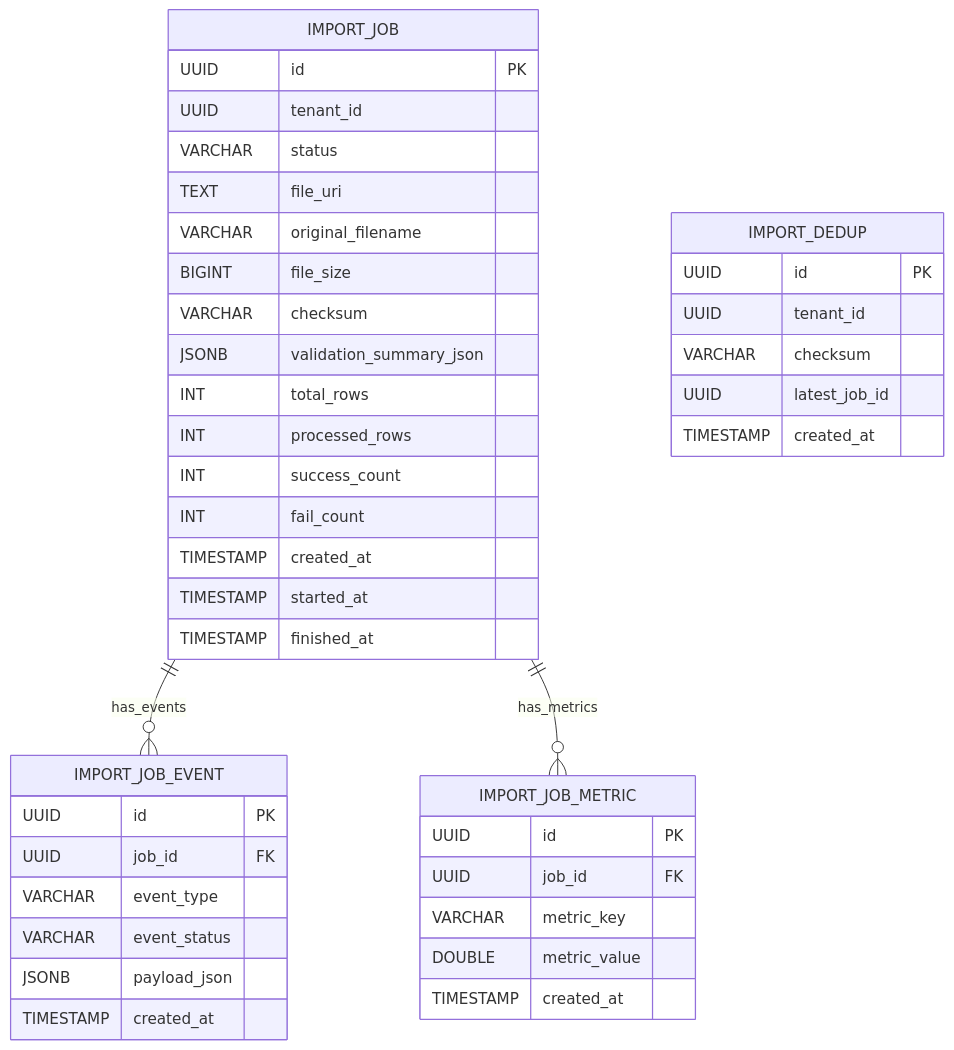
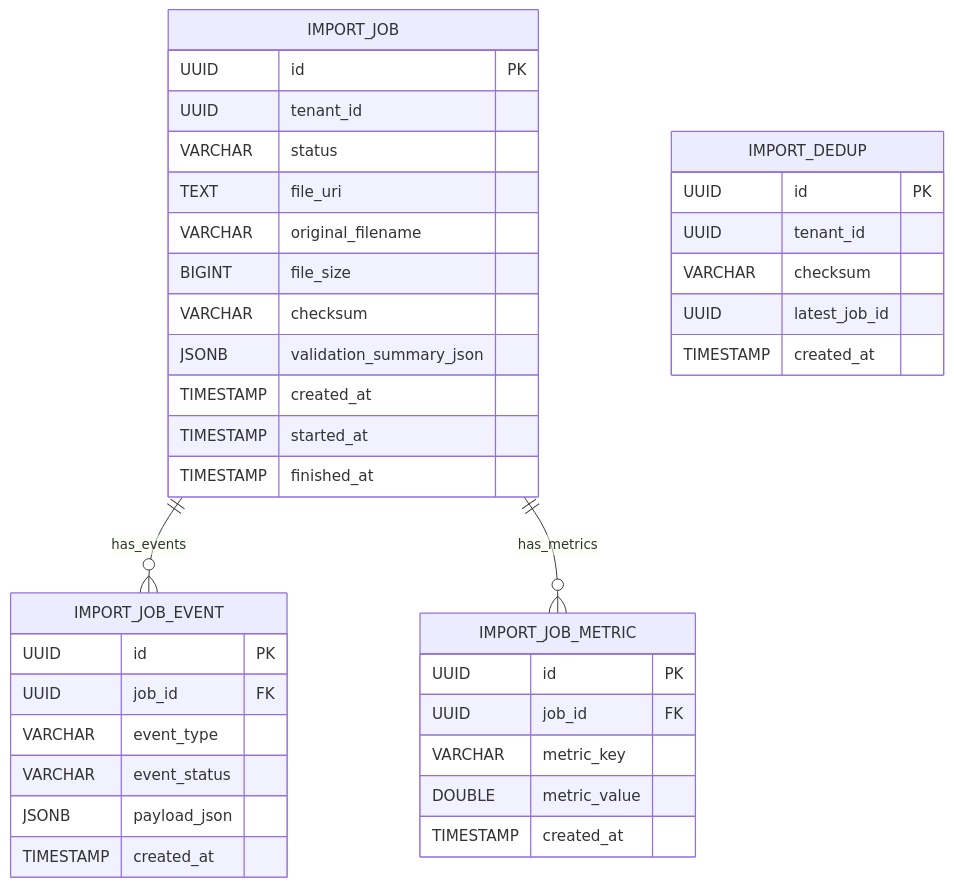
The fourth of 4 diagrams in ERD.md (SEUNGH00N/tmp), drawn with Mermaid before and after one commit. The commit also changed other lines of this file and 1 other file, not shown here.

Commit message:
ERD.md 최신화

````diff
--- a/ERD.md
+++ b/ERD.md
@@ -130,48 +156,44 @@
 ```mermaid
 erDiagram
-  IMPORT_JOB ||--o{ IMPORT_JOB_EVENT : has_events
-  IMPORT_JOB ||--o{ IMPORT_JOB_METRIC : has_metrics
-
   IMPORT_JOB {
     UUID id PK
     UUID tenant_id
     VARCHAR status
     TEXT file_uri
     VARCHAR original_filename
     BIGINT file_size
     VARCHAR checksum
     JSONB validation_summary_json
-    INT total_rows
-    INT processed_rows
-    INT success_count
-    INT fail_count
     TIMESTAMP created_at
     TIMESTAMP started_at
     TIMESTAMP finished_at
   }
 
   IMPORT_JOB_EVENT {
     UUID id PK
     UUID job_id FK
     VARCHAR event_type
     VARCHAR event_status
     JSONB payload_json
     TIMESTAMP created_at
   }
 
   IMPORT_JOB_METRIC {
     UUID id PK
     UUID job_id FK
     VARCHAR metric_key
     DOUBLE metric_value
     TIMESTAMP created_at
   }
 
   IMPORT_DEDUP {
     UUID id PK
     UUID tenant_id
     VARCHAR checksum
     UUID latest_job_id
     TIMESTAMP created_at
   }
+
+  IMPORT_JOB ||--o{ IMPORT_JOB_EVENT : has_events
+  IMPORT_JOB ||--o{ IMPORT_JOB_METRIC : has_metrics
 ```
````
